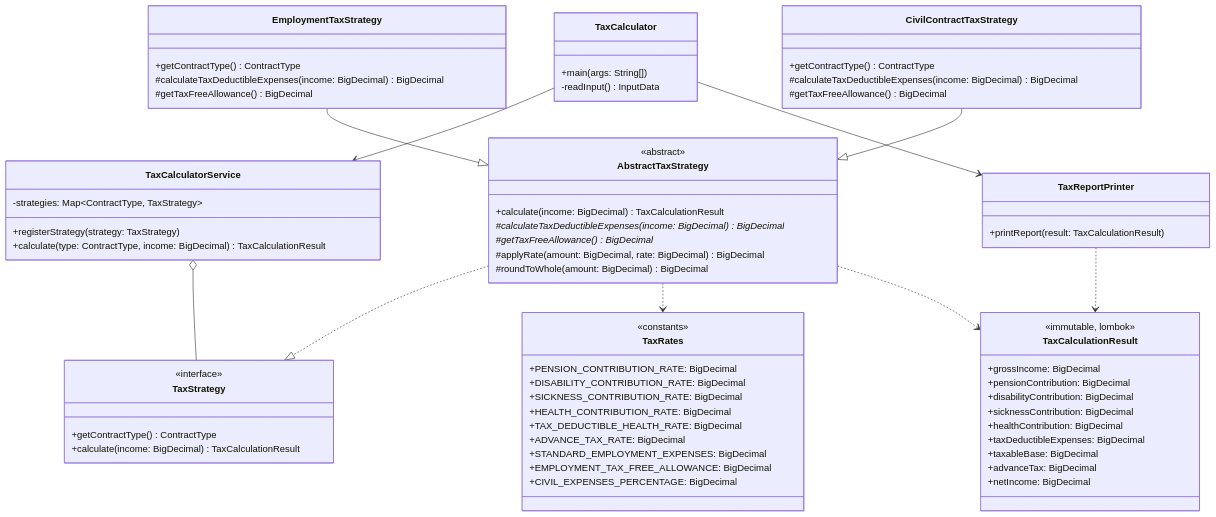
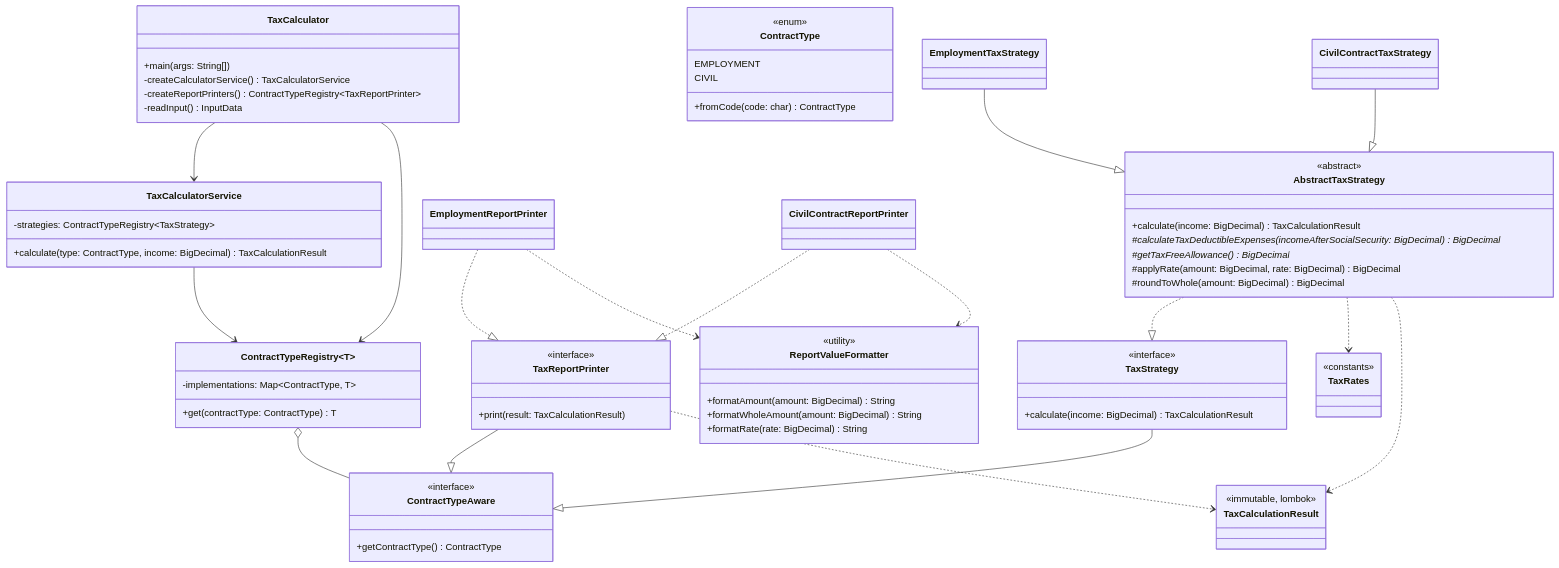
The diagram in REFACTORING_DECISIONS.md (phaast/taxcalculator), drawn with Mermaid before and after one commit. The commit also changed other lines of this file, not shown here.

````diff
--- a/REFACTORING_DECISIONS.md
+++ b/REFACTORING_DECISIONS.md
@@ -32,79 +32,87 @@
 classDiagram
     class TaxCalculator {
         +main(args: String[])
+        -createCalculatorService() TaxCalculatorService
+        -createReportPrinters() ContractTypeRegistry~TaxReportPrinter~
         -readInput() InputData
     }
 
+    class ContractType {
+        <<enum>>
+        EMPLOYMENT
+        CIVIL
+        +fromCode(code: char) ContractType
+    }
+
+    class ContractTypeAware {
+        <<interface>>
+        +getContractType() ContractType
+    }
+
+    class ContractTypeRegistry~T~ {
+        -implementations: Map~ContractType, T~
+        +get(contractType: ContractType) T
+    }
+
     class TaxCalculatorService {
-        -strategies: Map~ContractType, TaxStrategy~
-        +registerStrategy(strategy: TaxStrategy)
+        -strategies: ContractTypeRegistry~TaxStrategy~
         +calculate(type: ContractType, income: BigDecimal) TaxCalculationResult
     }
 
     class TaxStrategy {
         <<interface>>
-        +getContractType() ContractType
         +calculate(income: BigDecimal) TaxCalculationResult
     }
 
     class AbstractTaxStrategy {
         <<abstract>>
         +calculate(income: BigDecimal) TaxCalculationResult
-        #calculateTaxDeductibleExpenses(income: BigDecimal)* BigDecimal
+        #calculateTaxDeductibleExpenses(incomeAfterSocialSecurity: BigDecimal)* BigDecimal
         #getTaxFreeAllowance()* BigDecimal
         #applyRate(amount: BigDecimal, rate: BigDecimal) BigDecimal
         #roundToWhole(amount: BigDecimal) BigDecimal
     }
 
-    class EmploymentTaxStrategy {
-        +getContractType() ContractType
-        #calculateTaxDeductibleExpenses(income: BigDecimal) BigDecimal
-        #getTaxFreeAllowance() BigDecimal
-    }
-
-    class CivilContractTaxStrategy {
-        +getContractType() ContractType
-        #calculateTaxDeductibleExpenses(income: BigDecimal) BigDecimal
-        #getTaxFreeAllowance() BigDecimal
-    }
+    class EmploymentTaxStrategy
+    class CivilContractTaxStrategy
 
     class TaxRates {
         <<constants>>
-        +PENSION_CONTRIBUTION_RATE: BigDecimal
-        +DISABILITY_CONTRIBUTION_RATE: BigDecimal
-        +SICKNESS_CONTRIBUTION_RATE: BigDecimal
-        +HEALTH_CONTRIBUTION_RATE: BigDecimal
-        +TAX_DEDUCTIBLE_HEALTH_RATE: BigDecimal
-        +ADVANCE_TAX_RATE: BigDecimal
-        +STANDARD_EMPLOYMENT_EXPENSES: BigDecimal
-        +EMPLOYMENT_TAX_FREE_ALLOWANCE: BigDecimal
-        +CIVIL_EXPENSES_PERCENTAGE: BigDecimal
     }
 
     class TaxCalculationResult {
         <<immutable, lombok>>
-        +grossIncome: BigDecimal
-        +pensionContribution: BigDecimal
-        +disabilityContribution: BigDecimal
-        +sicknessContribution: BigDecimal
-        +healthContribution: BigDecimal
-        +taxDeductibleExpenses: BigDecimal
-        +taxableBase: BigDecimal
-        +advanceTax: BigDecimal
-        +netIncome: BigDecimal
     }
 
     class TaxReportPrinter {
-        +printReport(result: TaxCalculationResult)
+        <<interface>>
+        +print(result: TaxCalculationResult)
+    }
+
+    class EmploymentReportPrinter
+    class CivilContractReportPrinter
+
+    class ReportValueFormatter {
+        <<utility>>
+        +formatAmount(amount: BigDecimal) String
+        +formatWholeAmount(amount: BigDecimal) String
+        +formatRate(rate: BigDecimal) String
     }
 
     TaxCalculator --> TaxCalculatorService
-    TaxCalculator --> TaxReportPrinter
-    TaxCalculatorService o-- TaxStrategy
+    TaxCalculator --> ContractTypeRegistry
+    TaxCalculatorService --> ContractTypeRegistry
+    ContractTypeRegistry o-- ContractTypeAware
+    TaxStrategy --|> ContractTypeAware
+    TaxReportPrinter --|> ContractTypeAware
     AbstractTaxStrategy ..|> TaxStrategy
     EmploymentTaxStrategy --|> AbstractTaxStrategy
     CivilContractTaxStrategy --|> AbstractTaxStrategy
     AbstractTaxStrategy ..> TaxRates
     AbstractTaxStrategy ..> TaxCalculationResult
+    EmploymentReportPrinter ..|> TaxReportPrinter
+    CivilContractReportPrinter ..|> TaxReportPrinter
+    EmploymentReportPrinter ..> ReportValueFormatter
+    CivilContractReportPrinter ..> ReportValueFormatter
     TaxReportPrinter ..> TaxCalculationResult
 ```
````
